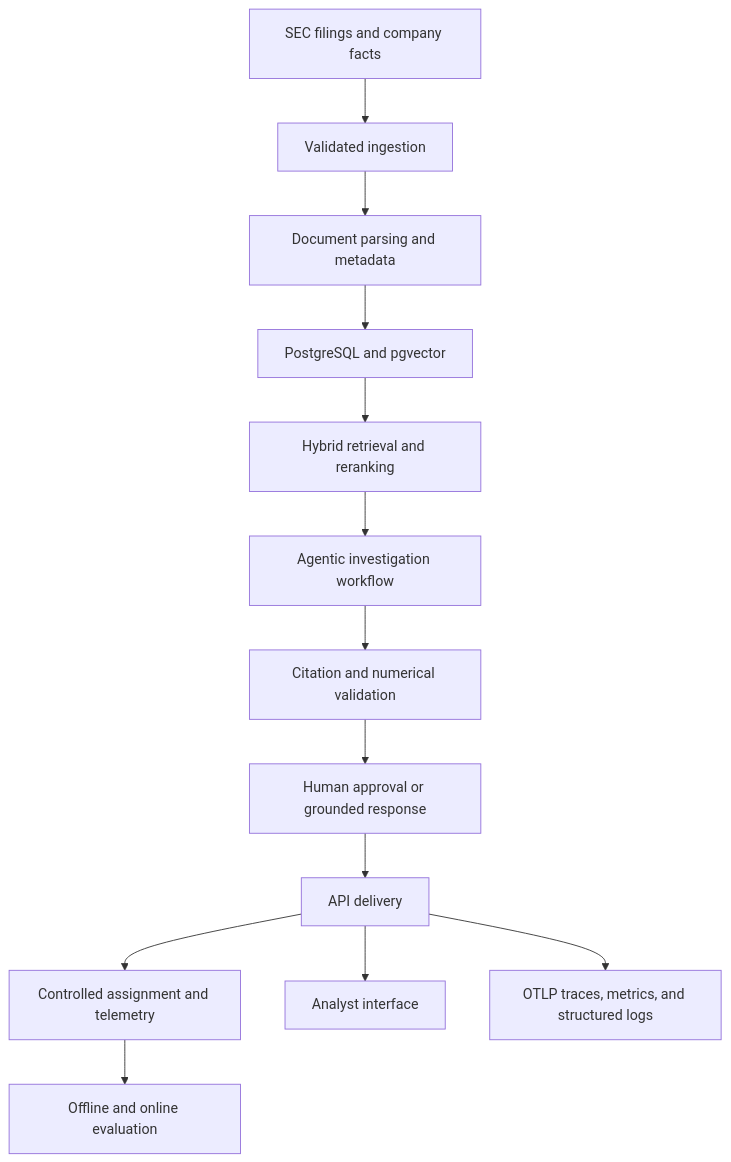
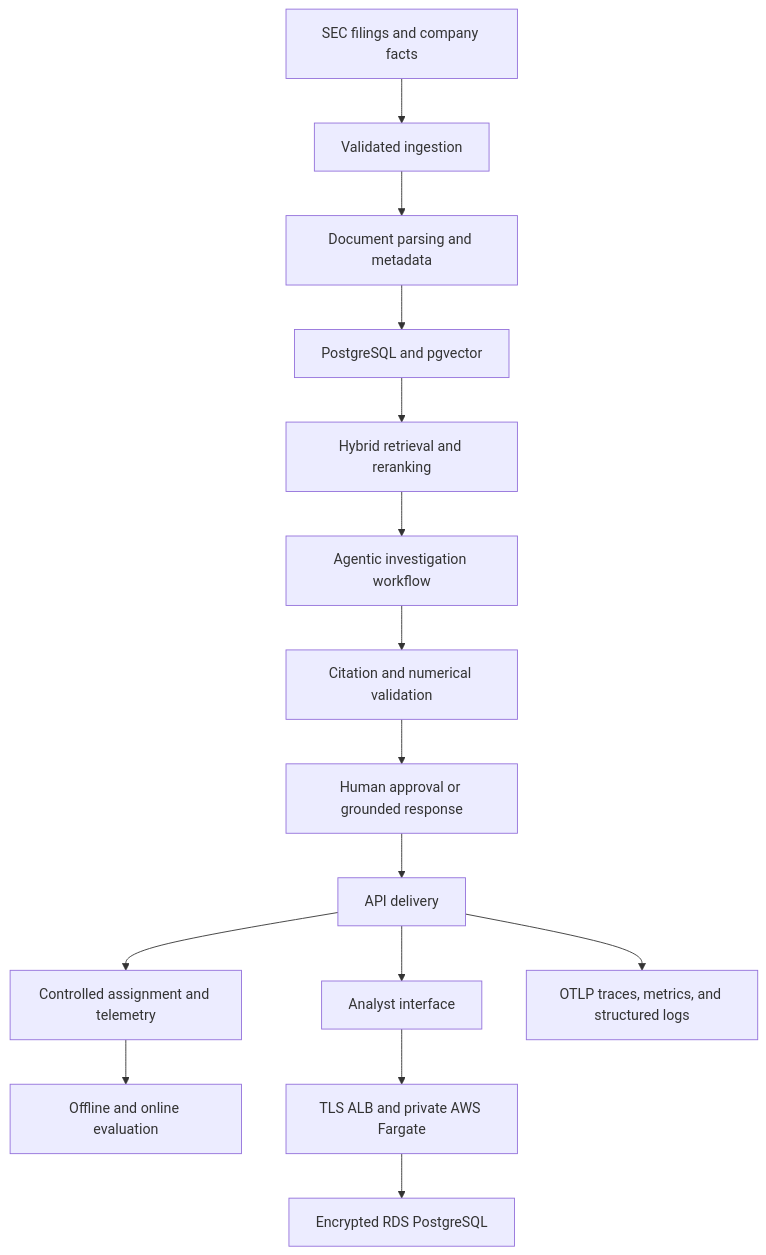
Before and after one commit to GowthamKondabolu/finsight-ai: the diagram in README.md, drawn with Mermaid. The commit also changed other lines of this file and 30 other files, not shown here.

````diff
--- a/README.md
+++ b/README.md
@@ -106,15 +115,17 @@
 ```mermaid
 flowchart TD
     A["SEC filings and company facts"] --> B["Validated ingestion"]
     B --> C["Document parsing and metadata"]
     C --> D["PostgreSQL and pgvector"]
     D --> E["Hybrid retrieval and reranking"]
     E --> F["Agentic investigation workflow"]
     F --> G["Citation and numerical validation"]
     G --> H["Human approval or grounded response"]
     H --> I["API delivery"]
     I --> J["Controlled assignment and telemetry"]
     J --> K["Offline and online evaluation"]
     I --> L["Analyst interface"]
     I --> M["OTLP traces, metrics, and structured logs"]
+    L --> N["TLS ALB and private AWS Fargate"]
+    N --> O["Encrypted RDS PostgreSQL"]
 ```
````
